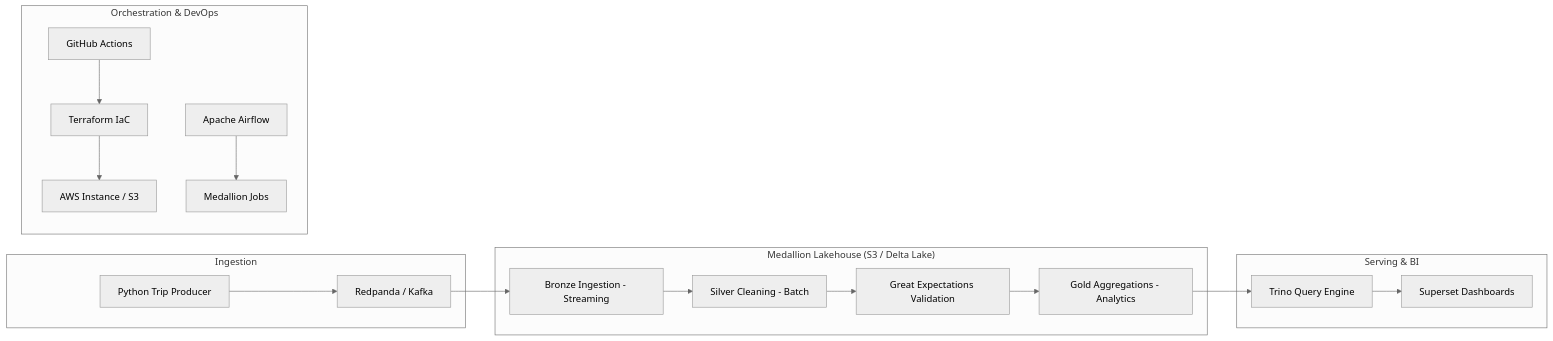
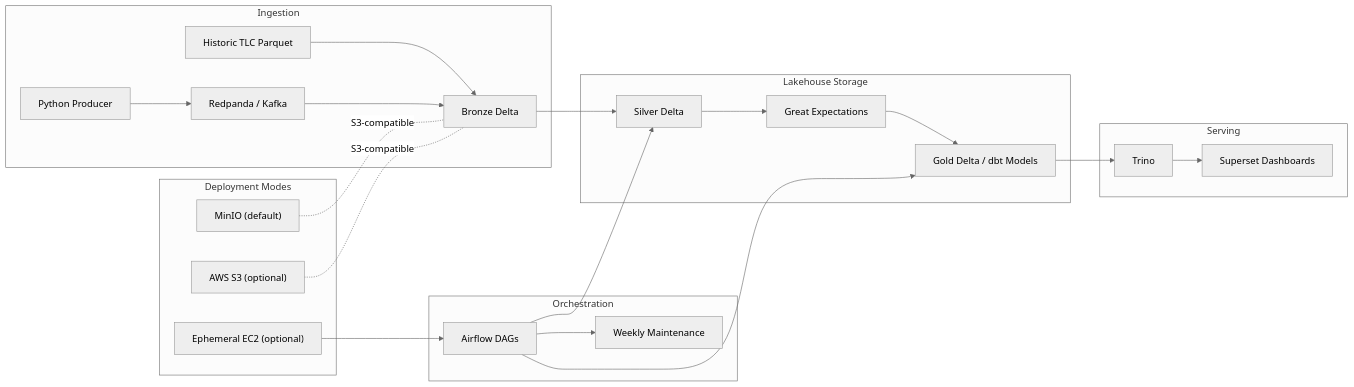
Before and after one commit to PSURI1894/ride-hailing-lakehouse: the first of 2 diagrams in ARCHITECTURE.md, drawn with Mermaid (neutral theme). The commit also changed other lines of this file and 16 other files, not shown here.

````diff
--- a/ARCHITECTURE.md
+++ b/ARCHITECTURE.md
@@ -7,24 +7,31 @@
 ```mermaid
 graph LR
-    subgraph Ingestion
-        Producer[Python Trip Producer] --> Kafka[Redpanda / Kafka]
+    subgraph "Ingestion"
+        Producer["Python Producer"] --> Kafka["Redpanda / Kafka"]
+        Historic["Historic TLC Parquet"] --> Bronze
     end
 
-    subgraph "Medallion Lakehouse (S3 / Delta Lake)"
-        Kafka --> Bronze[Bronze Ingestion - Streaming]
-        Bronze --> Silver[Silver Cleaning - Batch]
-        Silver --> DQ[Great Expectations Validation]
-        DQ --> Gold[Gold Aggregations - Analytics]
+    subgraph "Lakehouse Storage"
+        Kafka --> Bronze["Bronze Delta"]
+        Bronze --> Silver["Silver Delta"]
+        Silver --> DQ["Great Expectations"]
+        DQ --> Gold["Gold Delta / dbt Models"]
     end
 
-    subgraph "Serving & BI"
-        Gold --> Trino[Trino Query Engine]
-        Trino --> Superset[Superset Dashboards]
+    subgraph "Orchestration"
+        Airflow["Airflow DAGs"] --> Silver
+        Airflow --> Gold
+        Airflow --> Maint["Weekly Maintenance"]
     end
 
-    subgraph "Orchestration & DevOps"
-        GH[GitHub Actions] --> Terraform[Terraform IaC]
-        Terraform --> Infrastructure[AWS Instance / S3]
-        Airflow[Apache Airflow] --> Jobs[Medallion Jobs]
+    subgraph "Serving"
+        Gold --> Trino["Trino"]
+        Trino --> Superset["Superset Dashboards"]
+    end
+
+    subgraph "Deployment Modes"
+        MinIO["MinIO (default)"] -. S3-compatible .- Bronze
+        S3["AWS S3 (optional)"] -. S3-compatible .- Bronze
+        EC2["Ephemeral EC2 (optional)"] --> Airflow
     end
 ```
````
